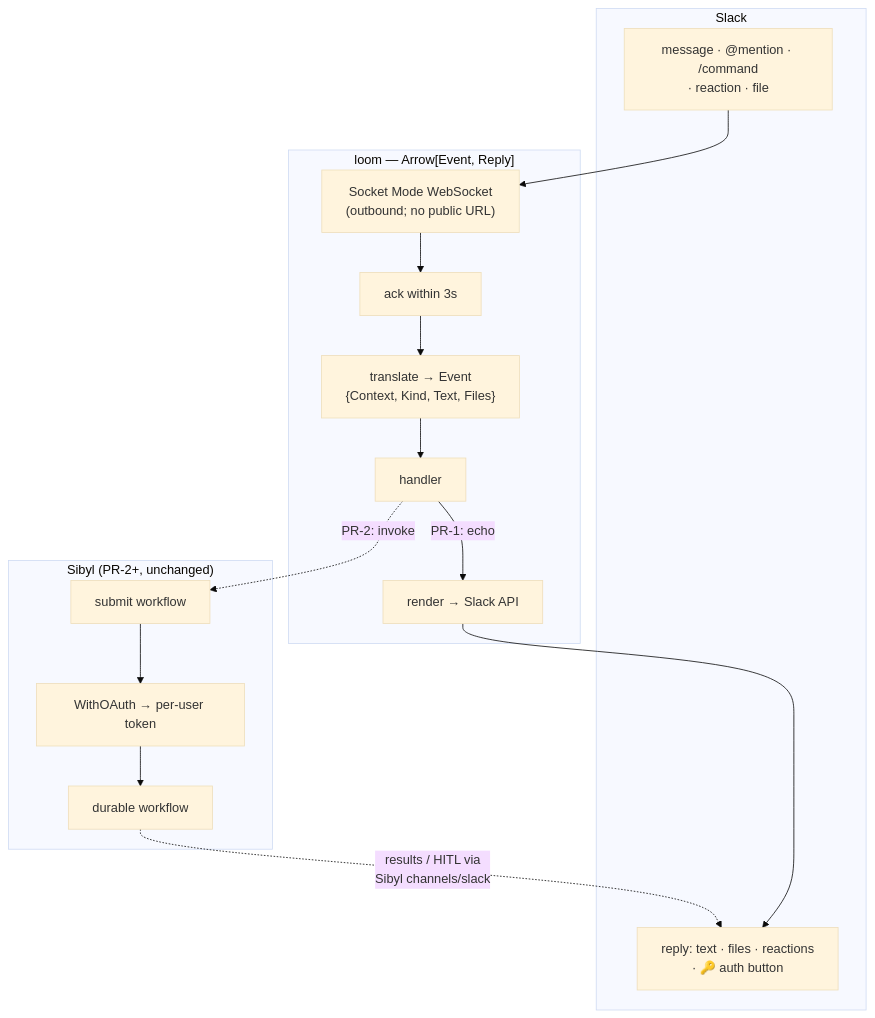
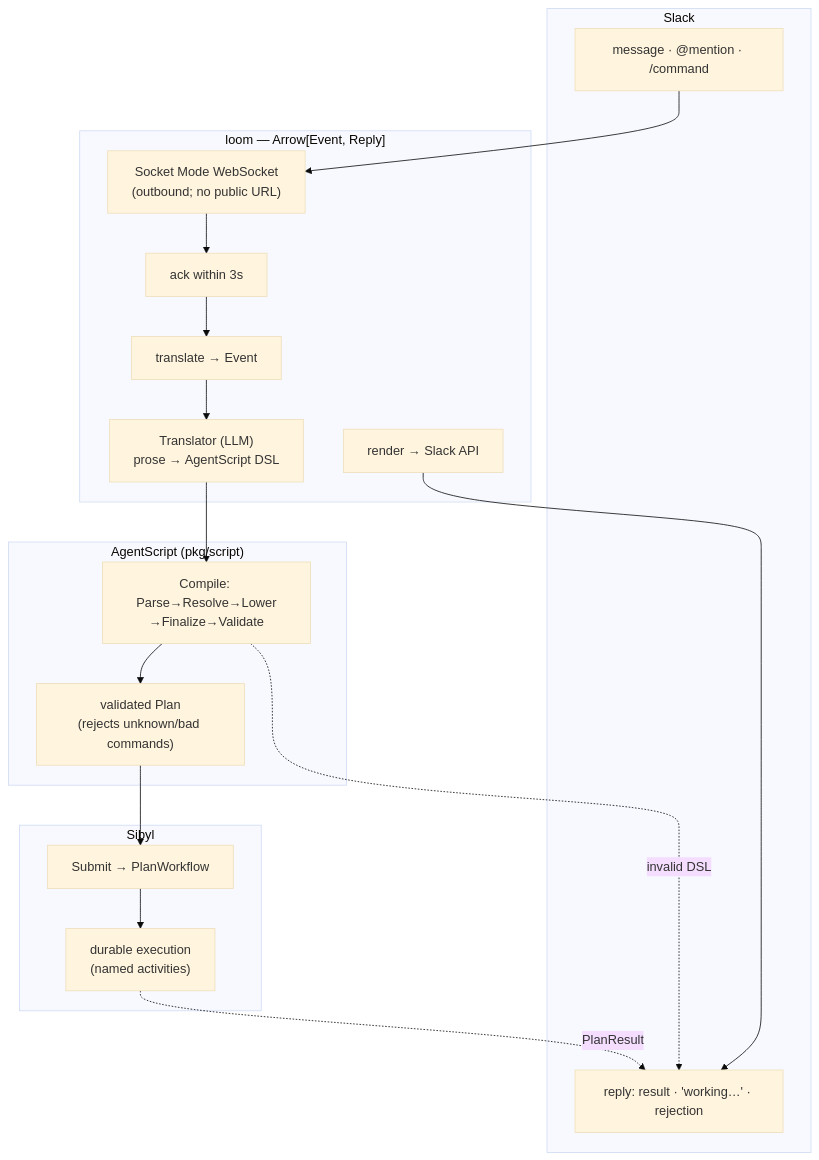
Before and after one commit to vinodhalaharvi/loom: the diagram in README.md, drawn with Mermaid (base theme). The commit also changed other lines of this file and 7 other files, not shown here.

First line of the commit message:
PR-3: the full loop — Slack prose → LLM → AgentScript → Sibyl Plan

````diff
--- a/README.md
+++ b/README.md
@@ -30,27 +30,30 @@
 ```mermaid
 flowchart TD
     subgraph slack["Slack"]
-        evt["message · @mention · /command<br/>· reaction · file"]
-        reply["reply: text · files · reactions<br/>· 🔑 auth button"]
+        evt["message · @mention · /command"]
+        reply["reply: result · 'working…' · rejection"]
     end
 
     subgraph loom["loom — Arrow[Event, Reply]"]
         ws["Socket Mode WebSocket<br/>(outbound; no public URL)"]
         ack["ack within 3s"]
-        tr["translate → Event<br/>{Context, Kind, Text, Files}"]
-        h["handler"]
+        tr["translate → Event"]
+        llm["Translator (LLM)<br/>prose → AgentScript DSL"]
         rn["render → Slack API"]
     end
 
-    subgraph sibyl["Sibyl (PR-2+, unchanged)"]
-        inv["submit workflow"]
-        oauth["WithOAuth → per-user token"]
-        work["durable workflow"]
+    subgraph as["AgentScript (pkg/script)"]
+        compile["Compile: Parse→Resolve→Lower<br/>→Finalize→Validate"]
+        plan["validated Plan<br/>(rejects unknown/bad commands)"]
     end
 
-    evt --> ws --> ack --> tr --> h
-    h -->|PR-1: echo| rn
-    h -.->|PR-2: invoke| inv --> oauth --> work
-    work -.->|results / HITL via<br/>Sibyl channels/slack| reply
+    subgraph sibyl["Sibyl"]
+        submit["Submit → PlanWorkflow"]
+        work["durable execution<br/>(named activities)"]
+    end
+
+    evt --> ws --> ack --> tr --> llm --> compile --> plan --> submit --> work
+    compile -.->|invalid DSL| reply
+    work -.->|PlanResult| reply
     rn --> reply
 ```
````
